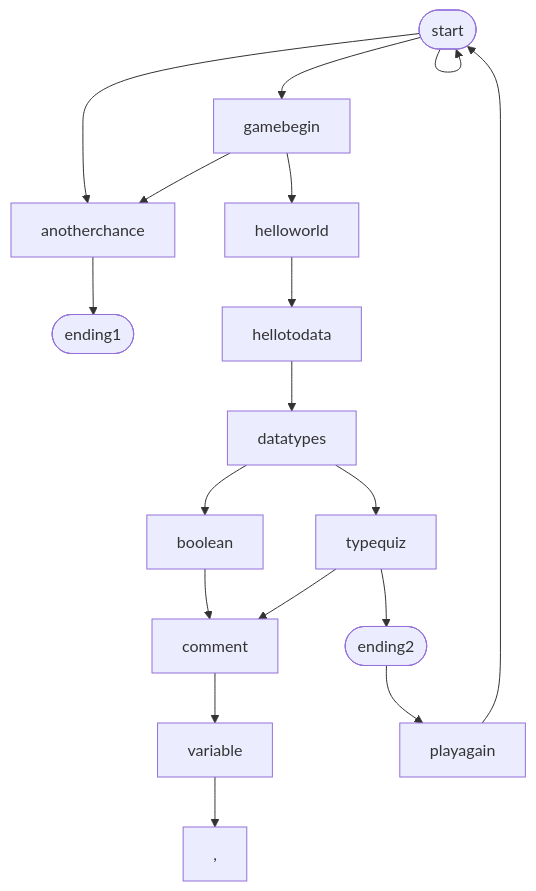
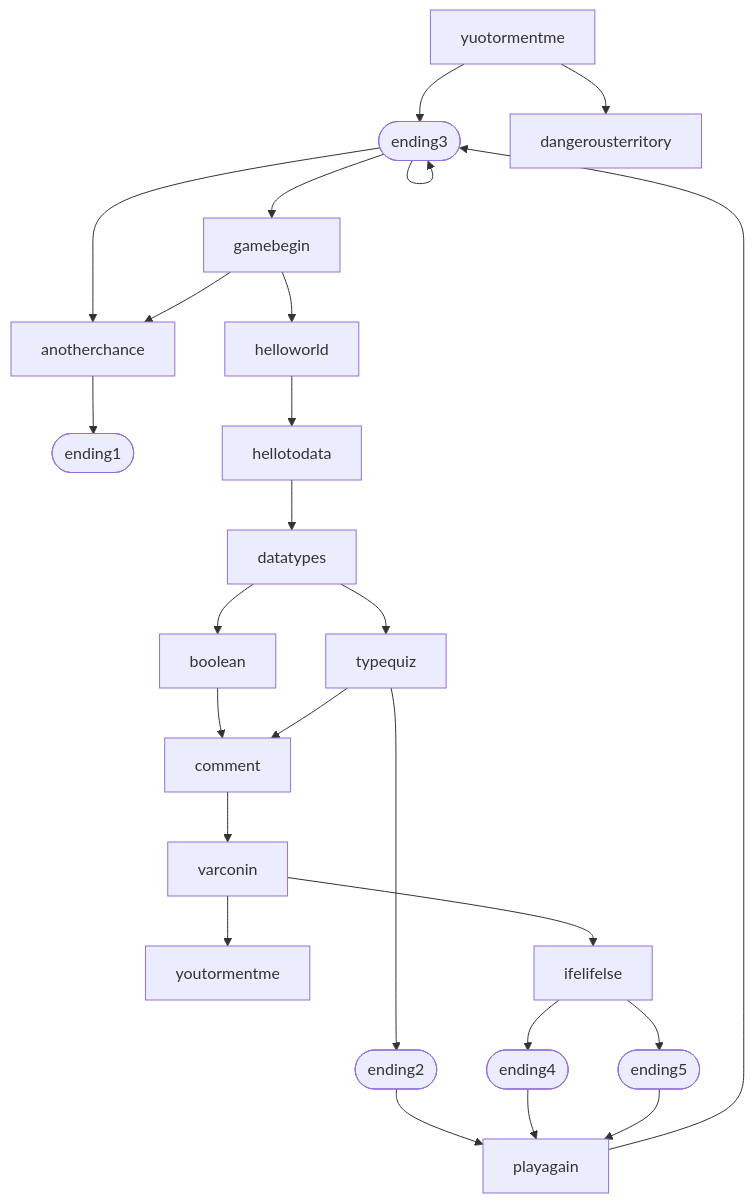
The diagram in README.md (rgbhsl/helloworld), drawn with Mermaid before and after one commit.

````diff
--- a/README.md
+++ b/README.md
@@ -49,16 +49,20 @@
 ```mermaid
 graph
 k([start]) --> anotherchance & gamebegin & k
 anotherchance --> e([ending1])
 gamebegin --> anotherchance & helloworld
 helloworld --> hellotodata
 hellotodata --> datatypes
 datatypes --> boolean & typequiz
 playagain --> k
 boolean --> comment
 typequiz --> comment & j([ending2])
 j --> playagain
-comment --> variable
-variable --> ,
+comment --> varconin
+varconin --> youtormentme & ifelifelse
+yuotormentme --> dangerousterritory & k([ending3])
+ifelifelse --> h([ending4]) & i([ending5])
+h --> playagain
+i --> playagain
  
 ```
````
